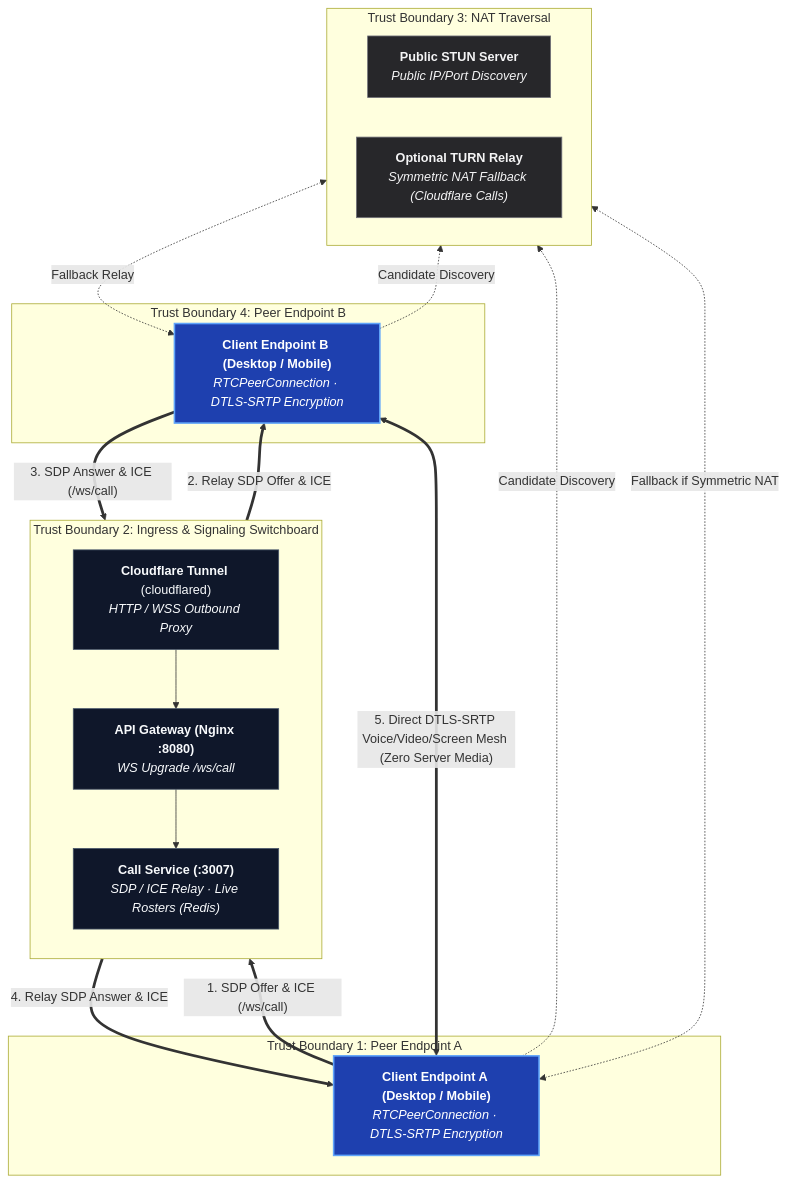
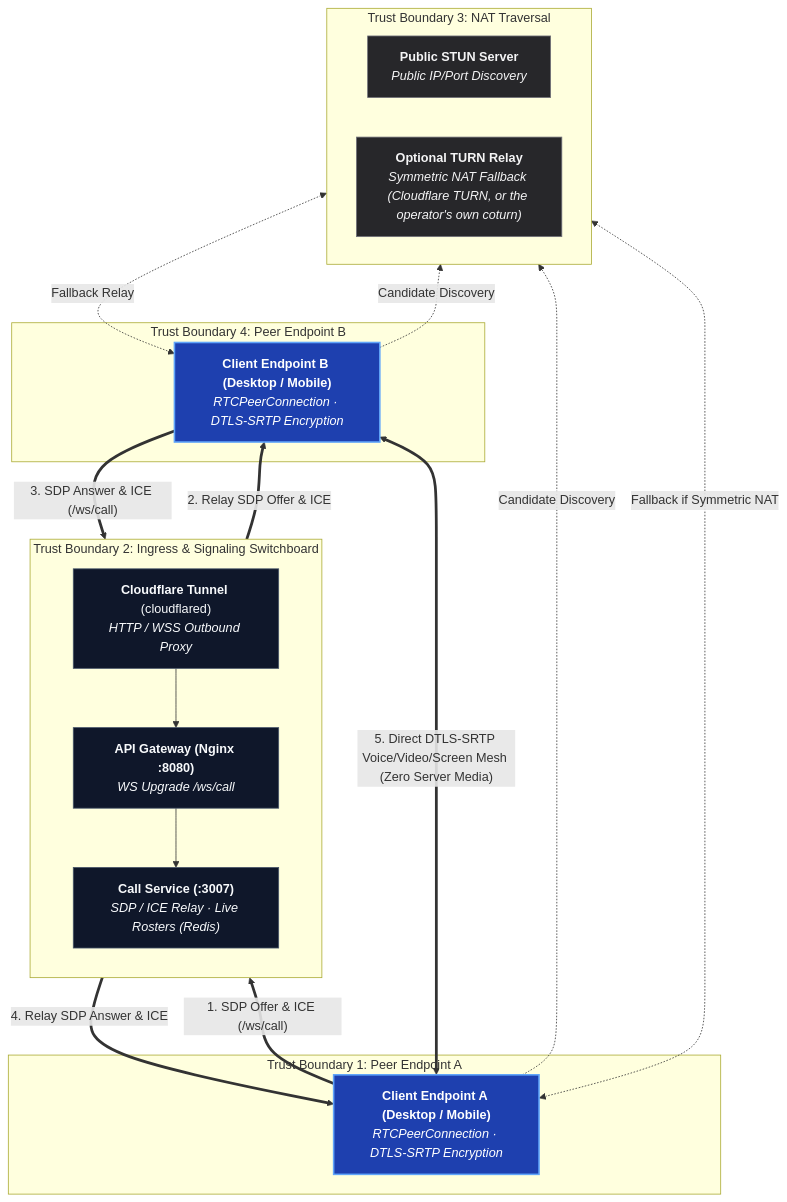
One commit to aiyu-ayaan/BetweenUs changed the first of 2 diagrams in docs/docs/architecture/media.md. Above: the diagram before and after it, drawn with Mermaid. The commit also changed other lines of this file and 2 other files, not shown here.

Commit message:
docs(deployment): a runbook for standing up a coturn relay
One page an operator can follow start to finish: DNS (and why the record must
be grey-cloud rather than proxied), certificate, a turnserver.conf with a
reason against every line, both firewall layers, the 1:1-NAT external-ip case
that makes a healthy-looking relay relay nothing, wiring the three variables,
restarting the two services that hand out ICE, and verifying with Trickle ICE
before involving the app at all.

Also documents what a static credential means - it reaches every signed-in
client, so quotas and denied-peer-ip are what bound a copied one - and a
troubleshooting table for the failures that look identical from inside a call.

Media and ingress link to it from the places that raise the question.

````diff
--- a/docs/docs/architecture/media.md
+++ b/docs/docs/architecture/media.md
@@ -13,52 +13,52 @@
 ```mermaid
 flowchart TD
     %% TIER 1: CLIENT A
     subgraph TA ["Trust Boundary 1: Peer Endpoint A"]
         ClientA["<b>Client Endpoint A (Desktop / Mobile)</b><br/><i>RTCPeerConnection · DTLS-SRTP Encryption</i>"]
     end
 
     %% TIER 2: SIGNALING GATEWAY
     subgraph TS ["Trust Boundary 2: Ingress & Signaling Switchboard"]
         direction TB
         CFTunnel["<b>Cloudflare Tunnel</b> (cloudflared)<br/><i>HTTP / WSS Outbound Proxy</i>"]
         Gateway["<b>API Gateway (Nginx :8080)</b><br/><i>WS Upgrade /ws/call</i>"]
         CallSvc["<b>Call Service (:3007)</b><br/><i>SDP / ICE Relay · Live Rosters (Redis)</i>"]
         CFTunnel --> Gateway --> CallSvc
     end
 
     %% TIER 3: EXTERNAL NAT TRAVERSAL
     subgraph TN ["Trust Boundary 3: NAT Traversal"]
         direction LR
         STUN["<b>Public STUN Server</b><br/><i>Public IP/Port Discovery</i>"]
-        TURN["<b>Optional TURN Relay</b><br/><i>Symmetric NAT Fallback (Cloudflare Calls)</i>"]
+        TURN["<b>Optional TURN Relay</b><br/><i>Symmetric NAT Fallback (Cloudflare TURN, or the operator's own coturn)</i>"]
     end
 
     %% TIER 4: CLIENT B
     subgraph TB ["Trust Boundary 4: Peer Endpoint B"]
         ClientB["<b>Client Endpoint B (Desktop / Mobile)</b><br/><i>RTCPeerConnection · DTLS-SRTP Encryption</i>"]
     end
 
     %% SIGNALING PATH (OVER WSS)
     ClientA ==>|"1. SDP Offer & ICE (/ws/call)"| CFTunnel
     CallSvc ==>|"2. Relay SDP Offer & ICE"| ClientB
     ClientB ==>|"3. SDP Answer & ICE (/ws/call)"| CFTunnel
     CallSvc ==>|"4. Relay SDP Answer & ICE"| ClientA
 
     %% NAT DISCOVERY
     ClientA -.->|"Candidate Discovery"| STUN
     ClientB -.->|"Candidate Discovery"| STUN
 
     %% DIRECT MEDIA PATH (BYPASSES BACKEND ENTIRELY)
     ClientA <===>|"5. Direct DTLS-SRTP Voice/Video/Screen Mesh (Zero Server Media)"| ClientB
     ClientA <-.->|"Fallback if Symmetric NAT"| TURN
     TURN <-.->|"Fallback Relay"| ClientB
 
     %% Styling
     classDef primary fill:#1e40af,stroke:#60a5fa,stroke-width:2px,color:#ffffff;
     classDef service fill:#0f172a,stroke:#475569,stroke-width:1px,color:#f8fafc;
     classDef ext fill:#27272a,stroke:#71717a,stroke-width:1px,color:#f4f4f5;
 
     class ClientA,ClientB primary;
     class CFTunnel,Gateway,CallSvc service;
     class STUN,TURN ext;
 ```
````
